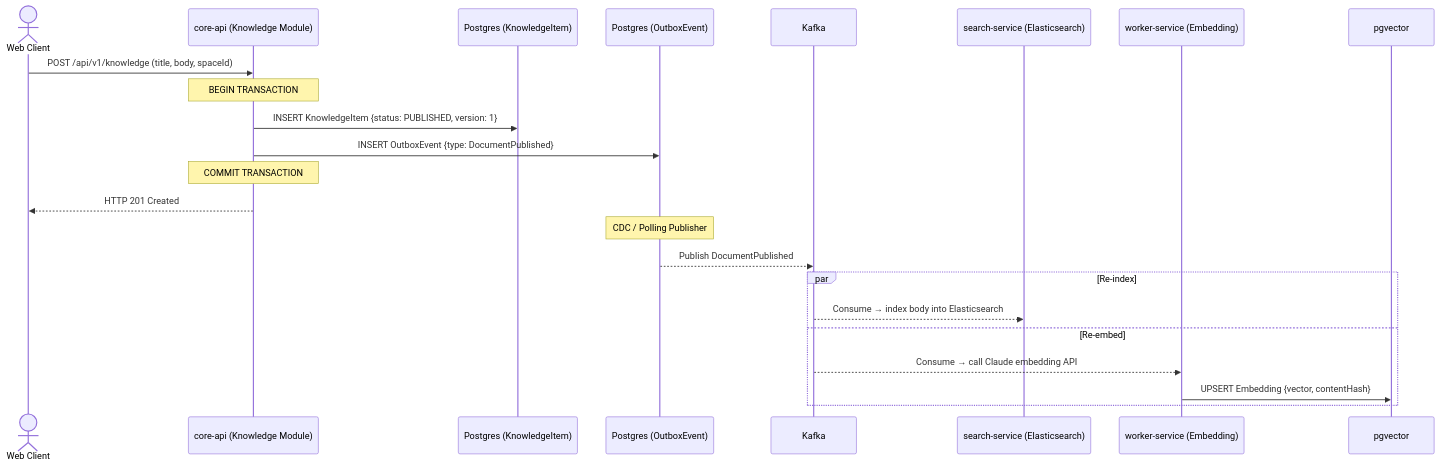
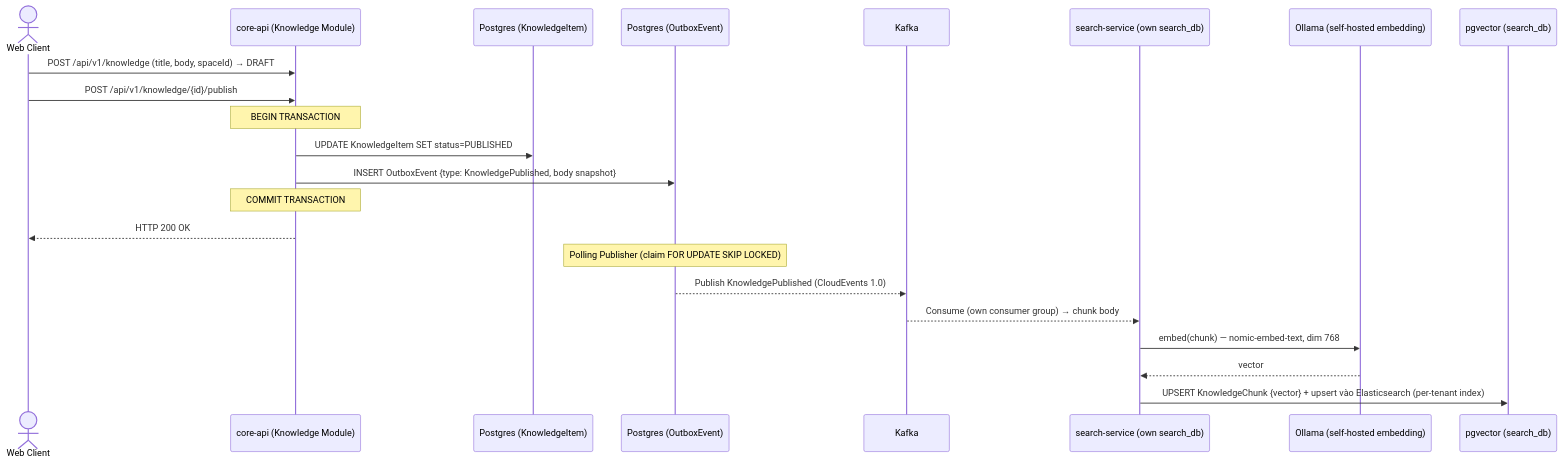
The second of 7 diagrams in docs/03_system_architecture_diagrams.md (minhle106cse/distributed-social-platform), drawn with Mermaid before and after one commit. The commit also changed other lines of this file and 23 other files, not shown here.

First line of the commit message:
docs: remove docs/en duplication, reconcile docs with current schema/API/security state

````diff
--- a/docs/03_system_architecture_diagrams.md
+++ b/docs/03_system_architecture_diagrams.md
@@ -155,28 +153,27 @@
 ```mermaid
 sequenceDiagram
     actor User as Web Client
     participant API as core-api (Knowledge Module)
     participant DB as Postgres (KnowledgeItem)
     participant Outbox as Postgres (OutboxEvent)
     participant Kafka as Kafka
-    participant Search as search-service (Elasticsearch)
-    participant Worker as worker-service (Embedding)
-    participant PG as pgvector
+    participant Search as search-service (own search_db)
+    participant Ollama as Ollama (self-hosted embedding)
+    participant PG as pgvector (search_db)
 
-    User->>API: POST /api/v1/knowledge (title, body, spaceId)
+    User->>API: POST /api/v1/knowledge (title, body, spaceId) → DRAFT
+    User->>API: POST /api/v1/knowledge/{id}/publish
 
     Note over API: BEGIN TRANSACTION
-    API->>DB: INSERT KnowledgeItem {status: PUBLISHED, version: 1}
-    API->>Outbox: INSERT OutboxEvent {type: DocumentPublished}
+    API->>DB: UPDATE KnowledgeItem SET status=PUBLISHED
+    API->>Outbox: INSERT OutboxEvent {type: KnowledgePublished, body snapshot}
     Note over API: COMMIT TRANSACTION
-    API-->>User: HTTP 201 Created
+    API-->>User: HTTP 200 OK
 
-    Note over Outbox: CDC / Polling Publisher
-    Outbox-->>Kafka: Publish DocumentPublished
-    par Re-index
-        Kafka-->>Search: Consume → index body into Elasticsearch
-    and Re-embed
-        Kafka-->>Worker: Consume → call Claude embedding API
-        Worker->>PG: UPSERT Embedding {vector, contentHash}
-    end
+    Note over Outbox: Polling Publisher (claim FOR UPDATE SKIP LOCKED)
+    Outbox-->>Kafka: Publish KnowledgePublished (CloudEvents 1.0)
+    Kafka-->>Search: Consume (own consumer group) → chunk body
+    Search->>Ollama: embed(chunk) — nomic-embed-text, dim 768
+    Ollama-->>Search: vector
+    Search->>PG: UPSERT KnowledgeChunk {vector} + upsert vào Elasticsearch (per-tenant index)
 ```
````
